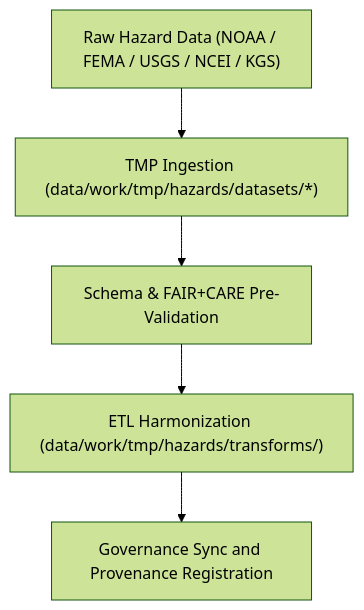
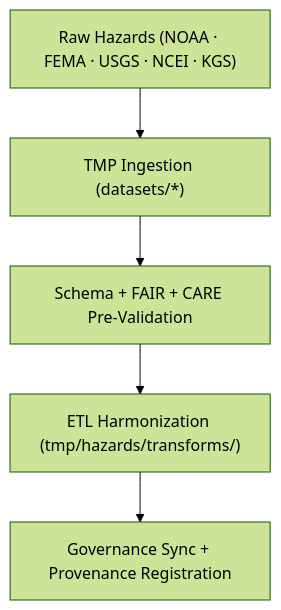
One commit to bartytime4life/Kansas-Frontier-Matrix changed the diagram in data/work/tmp/hazards/datasets/README.md. Above: the diagram before and after it, drawn with Mermaid (forest theme). The commit also changed other lines of this file, not shown here.

````diff
--- a/data/work/tmp/hazards/datasets/README.md
+++ b/data/work/tmp/hazards/datasets/README.md
@@ -78,7 +76,7 @@
 ```mermaid
 flowchart TD
-    A["Raw Hazard Data (NOAA / FEMA / USGS / NCEI / KGS)"] --> B["TMP Ingestion (data/work/tmp/hazards/datasets/*)"]
-    B --> C["Schema & FAIR+CARE Pre-Validation"]
-    C --> D["ETL Harmonization (data/work/tmp/hazards/transforms/)"]
-    D --> E["Governance Sync and Provenance Registration"]
+    A["Raw Hazards (NOAA · FEMA · USGS · NCEI · KGS)"] --> B["TMP Ingestion (datasets/*)"]
+    B --> C["Schema + FAIR + CARE Pre-Validation"]
+    C --> D["ETL Harmonization (tmp/hazards/transforms/)"]
+    D --> E["Governance Sync + Provenance Registration"]
 ```
````
